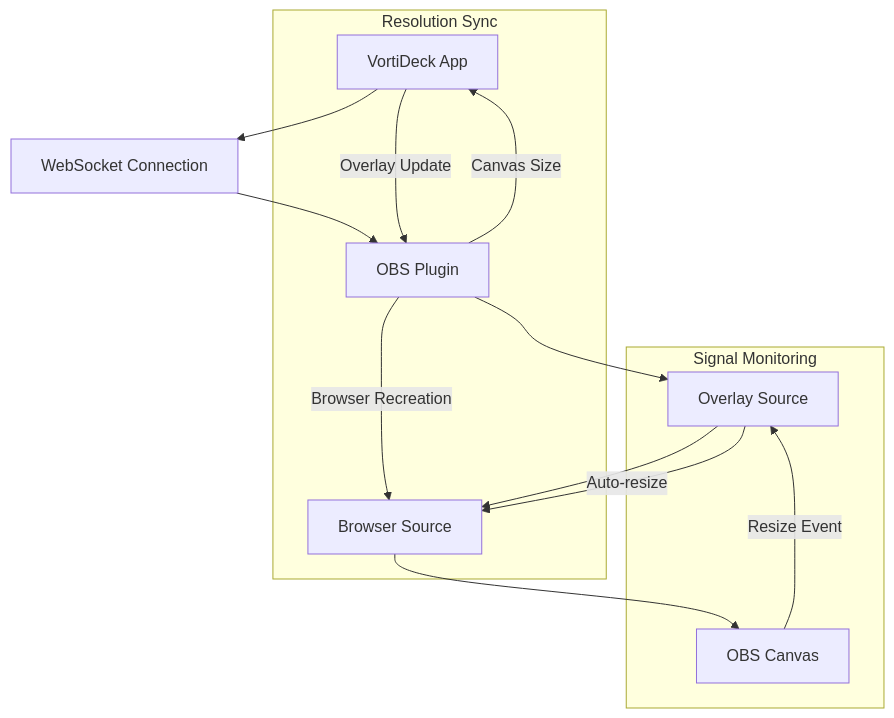
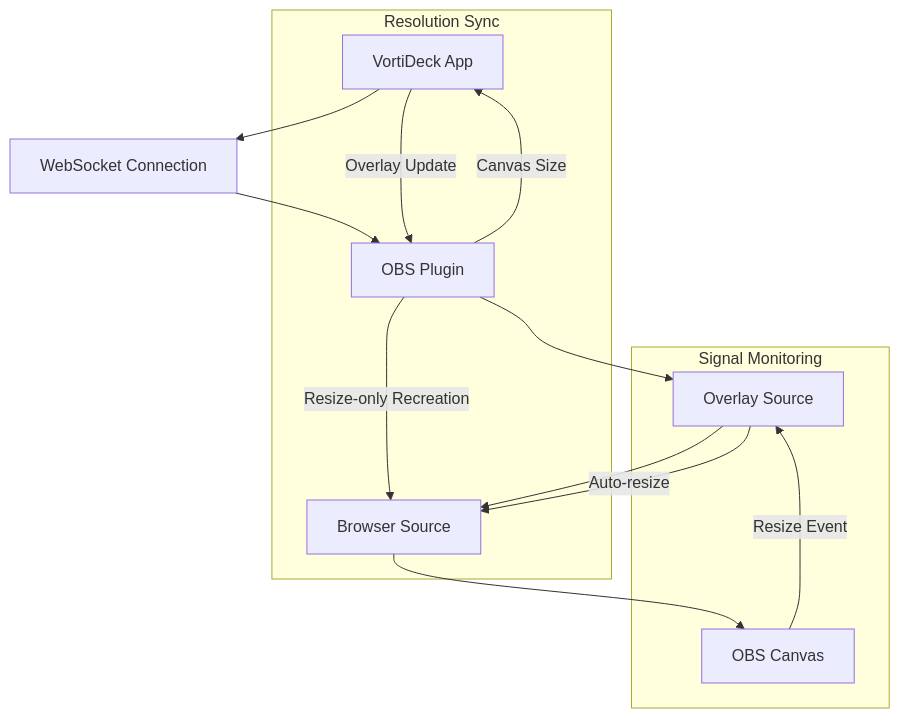
The first of 4 diagrams in obs_plugin/docs/OVERLAY_SYSTEM.md (alexiokay/OBS-Custom-Websocket-Plugin), drawn with Mermaid before and after one commit. The commit also changed other lines of this file and 4 other files, not shown here.

````diff
--- a/obs_plugin/docs/OVERLAY_SYSTEM.md
+++ b/obs_plugin/docs/OVERLAY_SYSTEM.md
@@ -9,19 +9,19 @@
 ```mermaid
 graph TB
     VD[VortiDeck App] --> WS[WebSocket Connection]
     WS --> OBS[OBS Plugin]
     OBS --> OS[Overlay Source]
     OS --> BS[Browser Source]
     BS --> Canvas[OBS Canvas]
     
     subgraph "Resolution Sync"
         OBS --> |Canvas Size| VD
         VD --> |Overlay Update| OBS
-        OBS --> |Browser Recreation| BS
+        OBS --> |Resize-only Recreation| BS
     end
     
     subgraph "Signal Monitoring"
         Canvas --> |Resize Event| OS
         OS --> |Auto-resize| BS
     end
 ```
````
